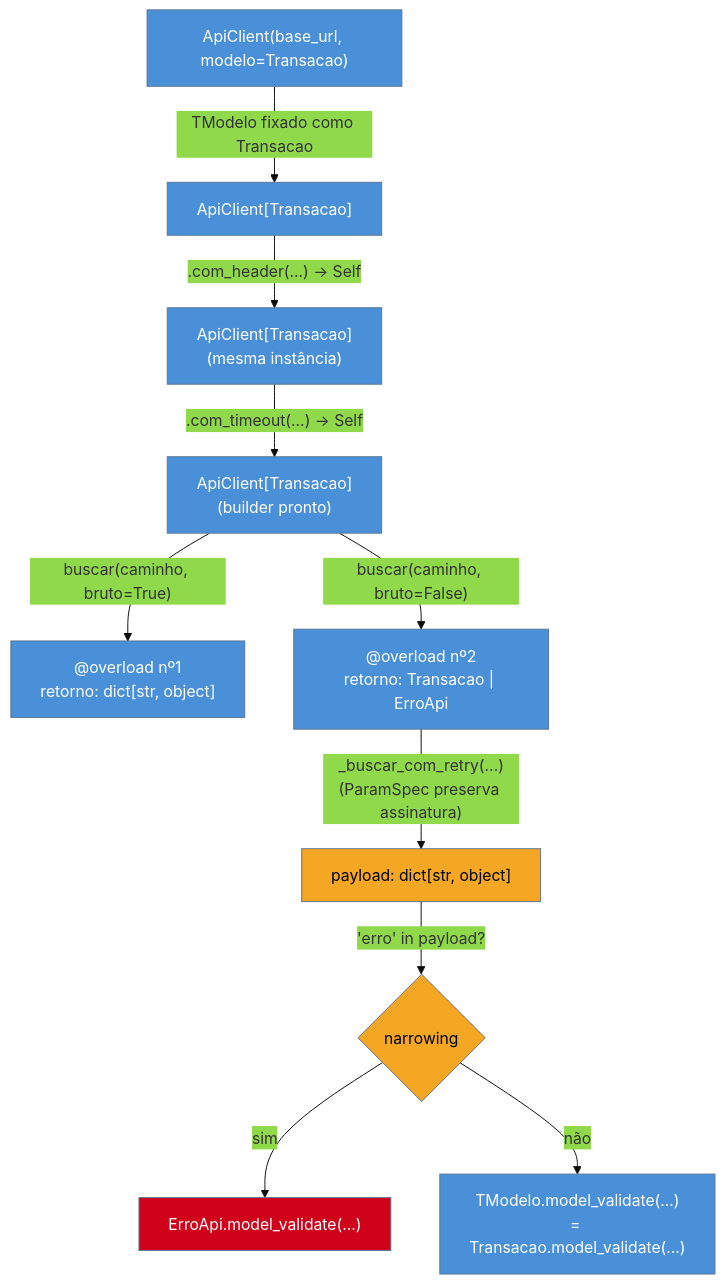
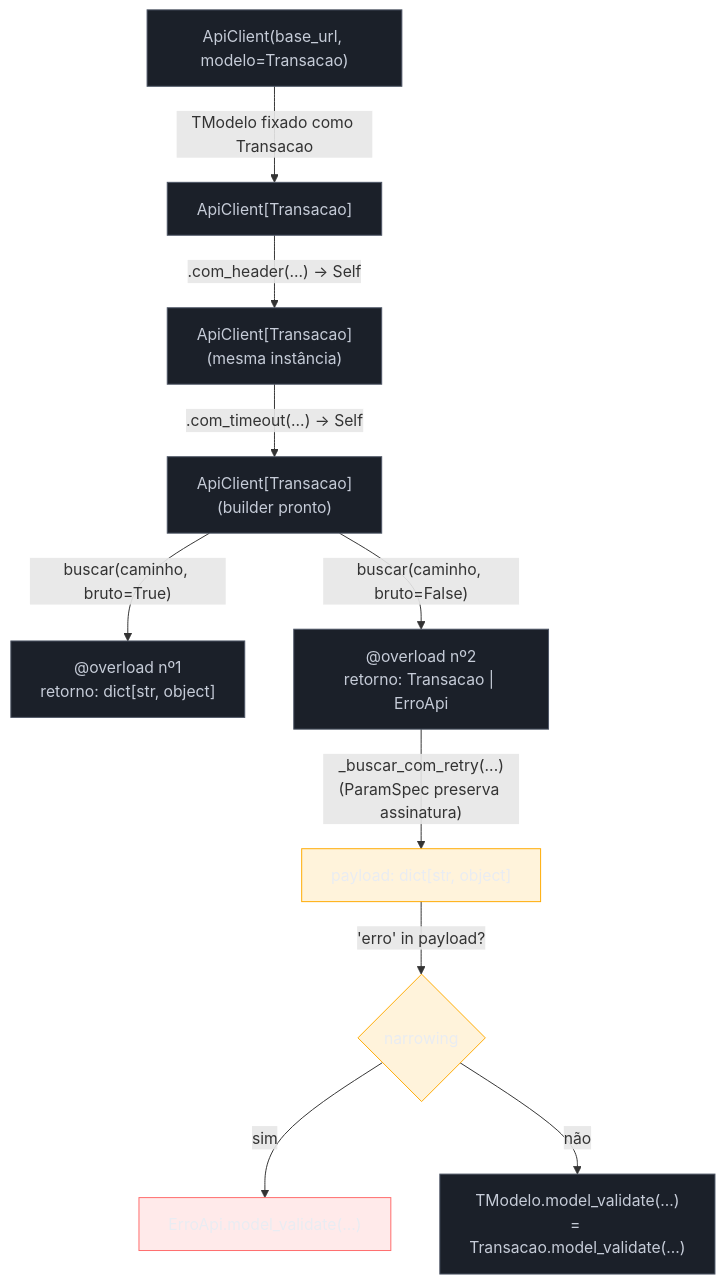
Before and after one commit to josenaldo/codex-technomanticus: the first of 2 diagrams in 03-Dominios/Tecnologia/Python/Tipagem moderna/08 - Capstone — tipagem moderna.md, drawn with Mermaid. The commit also changed other lines of this file and 1181 other files, not shown here.

First line of the commit message:
fix(diagramas): paleta do sistema no lugar de cor cravada no markdown

````diff
--- a/03-Dominios/Tecnologia/Python/Tipagem moderna/08 - Capstone — tipagem moderna.md
+++ b/03-Dominios/Tecnologia/Python/Tipagem moderna/08 - Capstone — tipagem moderna.md
@@ -401,24 +401,26 @@
 ```mermaid
-%%{init: {"theme": "base", "themeVariables": {"primaryColor": "#4A90D9"}}}%%
 flowchart TD
+    classDef neutro fill:#1B2029,stroke:#4E5666,color:#C6CCD8
+    classDef destaque fill:#FFAA0024,stroke:#FFAA00,color:#E9ECF2
+    classDef falha fill:#FF6B6B24,stroke:#FF6B6B,color:#E9ECF2
     A["ApiClient(base_url, modelo=Transacao)"] -->|"TModelo fixado como Transacao"| B["ApiClient[Transacao]"]
     B -->|".com_header(...) -> Self"| C["ApiClient[Transacao]\n(mesma instância)"]
     C -->|".com_timeout(...) -> Self"| D["ApiClient[Transacao]\n(builder pronto)"]
     D -->|"buscar(caminho, bruto=True)"| E["@overload nº1\nretorno: dict[str, object]"]
     D -->|"buscar(caminho, bruto=False)"| F["@overload nº2\nretorno: Transacao | ErroApi"]
     F -->|"_buscar_com_retry(...)\n(ParamSpec preserva assinatura)"| G["payload: dict[str, object]"]
     G -->|"'erro' in payload?"| H{"narrowing"}
     H -->|"sim"| I["ErroApi.model_validate(...)"]
     H -->|"não"| J["TModelo.model_validate(...)\n= Transacao.model_validate(...)"]
 
-    style A fill:#4A90D9,color:#fff
-    style B fill:#4A90D9,color:#fff
-    style C fill:#4A90D9,color:#fff
-    style D fill:#4A90D9,color:#fff
-    style E fill:#4A90D9,color:#fff
-    style F fill:#4A90D9,color:#fff
-    style G fill:#F5A623,color:#000
-    style H fill:#F5A623,color:#000
-    style I fill:#D0021B,color:#fff
-    style J fill:#4A90D9,color:#fff
+    class A neutro
+    class B neutro
+    class C neutro
+    class D neutro
+    class E neutro
+    class F neutro
+    class G destaque
+    class H destaque
+    class I falha
+    class J neutro
 ```
````
